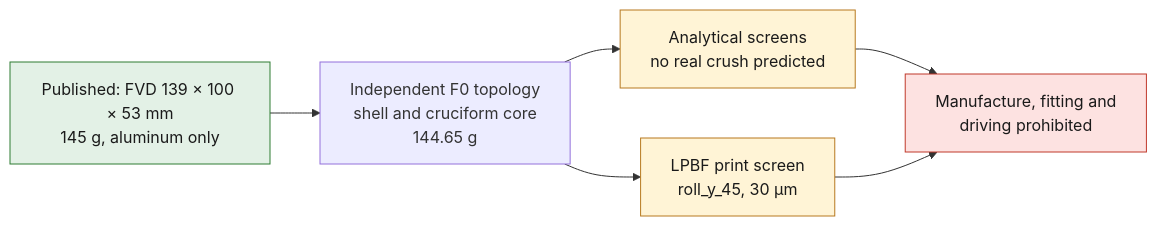
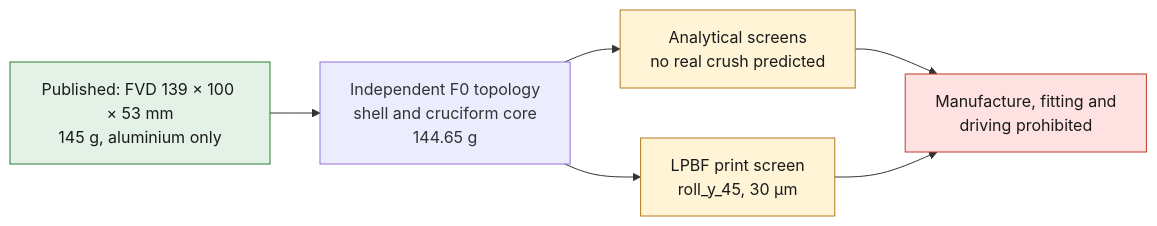
One commit to cluster2600/porscheparts changed the diagram in docs/993/993_FRONT_IMPACT_SUPPORT_ALSI10MG_F0.md. Above: the diagram before and after it, drawn with Mermaid. The commit also changed other lines of this file and 480 other files, not shown here.

````diff
--- a/docs/993/993_FRONT_IMPACT_SUPPORT_ALSI10MG_F0.md
+++ b/docs/993/993_FRONT_IMPACT_SUPPORT_ALSI10MG_F0.md
@@ -13,14 +13,14 @@
 ```mermaid
 flowchart LR
-  S["Published: FVD 139 × 100 × 53 mm<br/>145 g, aluminum only"] --> G["Independent F0 topology<br/>shell and cruciform core<br/>144.65 g"]
+  S["Published: FVD 139 × 100 × 53 mm<br/>145 g, aluminium only"] --> G["Independent F0 topology<br/>shell and cruciform core<br/>144.65 g"]
   G --> A["Analytical screens<br/>no real crush predicted"]
   G --> P["LPBF print screen<br/>roll_y_45, 30 µm"]
   A --> V["Manufacture, fitting and<br/>driving prohibited"]
   P --> V
   class S ok
   class A,P open
   class V stop
   classDef stop fill:#fde2e1,stroke:#c0392b,color:#1a1a1a;
   classDef ok fill:#e3f1e6,stroke:#2e7d32,color:#1a1a1a;
   classDef open fill:#fff4d6,stroke:#b7791f,color:#1a1a1a;
 ```
````
